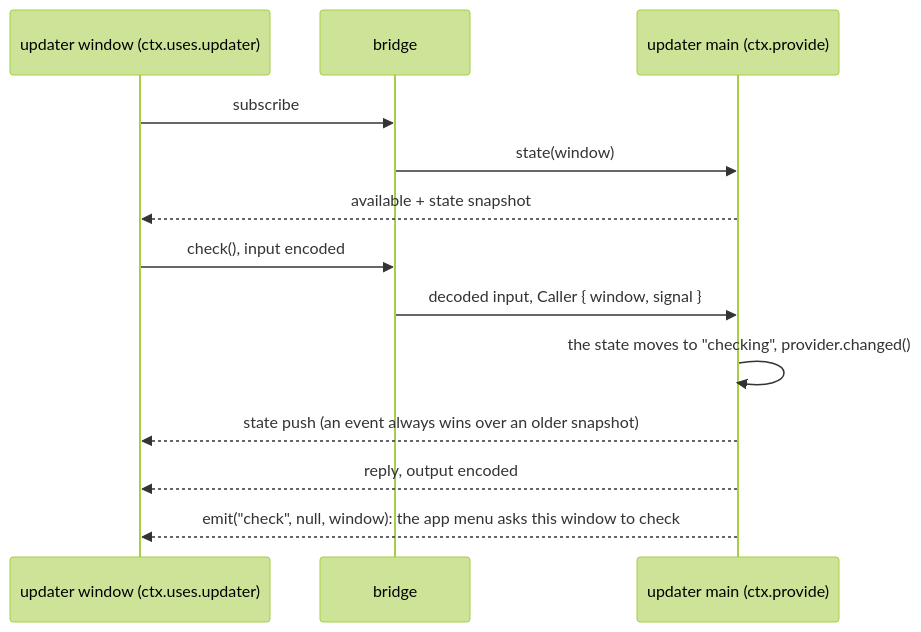
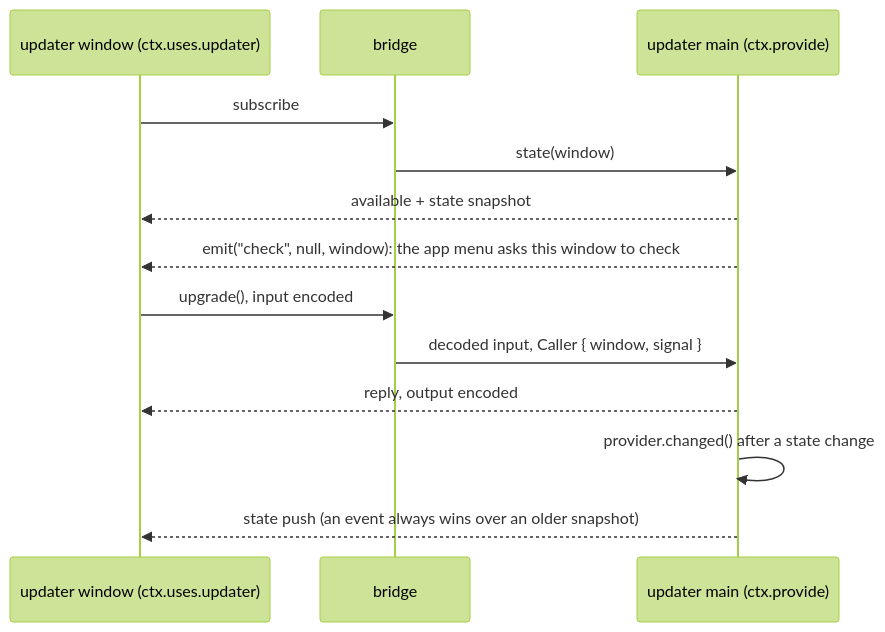
Before and after one commit to reddb-io/redcode: the fourth of 4 diagrams in packages/gui-extensions/README.md, drawn with Mermaid (forest theme). The commit also changed other lines of this file and 151 other files, not shown here.

````diff
--- a/packages/gui-extensions/README.md
+++ b/packages/gui-extensions/README.md
@@ -263,15 +263,15 @@
 ```mermaid
 sequenceDiagram
   participant W as updater window (ctx.uses.updater)
   participant B as bridge
   participant M as updater main (ctx.provide)
   W->>B: subscribe
   B->>M: state(window)
   M-->>W: available + state snapshot
-  W->>B: check(), input encoded
+  M-->>W: emit("check", null, window): the app menu asks this window to check
+  W->>B: upgrade(), input encoded
   B->>M: decoded input, Caller { window, signal }
-  M->>M: the state moves to "checking", provider.changed()
+  M-->>W: reply, output encoded
+  M->>M: provider.changed() after a state change
   M-->>W: state push (an event always wins over an older snapshot)
-  M-->>W: reply, output encoded
-  M-->>W: emit("check", null, window): the app menu asks this window to check
 ```
````
